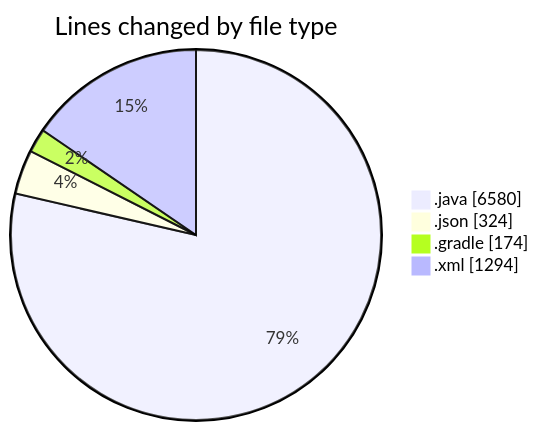
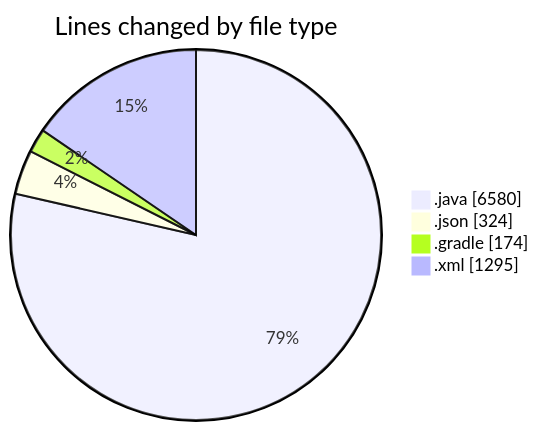
Before and after one commit to charlie-sans/code-tracking: the first of 2 diagrams in 2025-02-22/micros/README.md, drawn with Mermaid. The commit also changed other lines of this file and 1 other file, not shown here.

````diff
--- a/2025-02-22/micros/README.md
+++ b/2025-02-22/micros/README.md
@@ -67,8 +67,8 @@
 ```mermaid
 pie showData
 title Lines changed by file type
 ".java" : 6580
 ".json" : 324
 ".gradle" : 174
-".xml" : 1294
+".xml" : 1295
 ```
````
